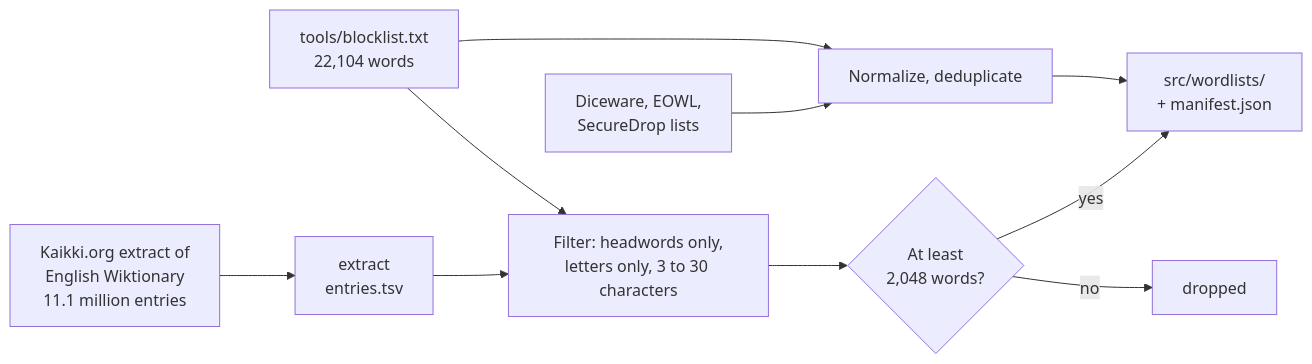
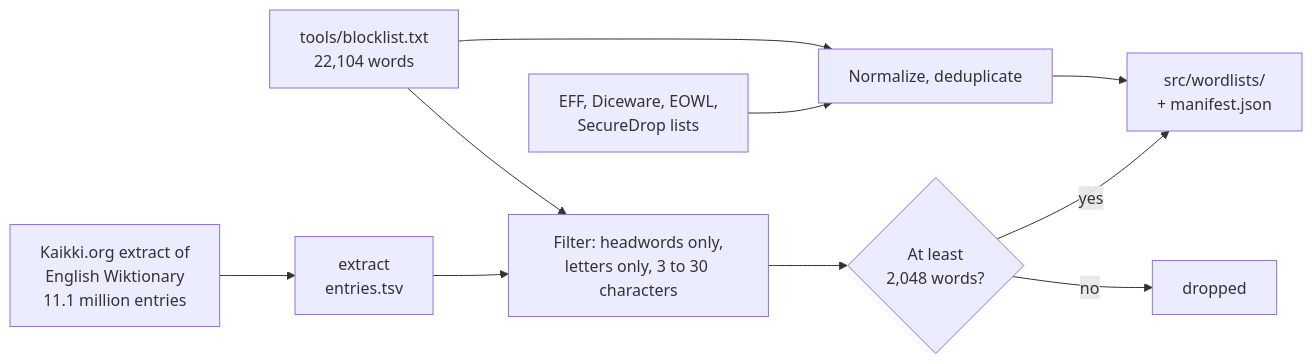
Before and after one commit to StephenGenusa/passphrases: the fourth of 5 diagrams in README.md, drawn with Mermaid. The commit also changed other lines of this file and 19 other files, not shown here.

First line of the commit message:
Password-rule options, EFF lists, mixed word lists

````diff
--- a/README.md
+++ b/README.md
@@ -117,12 +121,12 @@
 ```mermaid
 flowchart LR
     K["Kaikki.org extract of<br/>English Wiktionary<br/>11.1 million entries"] --> X["extract<br/>entries.tsv"]
     X --> F["Filter: headwords only,<br/>letters only, 3 to 30 characters"]
     BL["tools/blocklist.txt<br/>22,104 words"] --> F
-    O["Diceware, EOWL,<br/>SecureDrop lists"] --> N["Normalize, deduplicate"]
+    O["EFF, Diceware, EOWL,<br/>SecureDrop lists"] --> N["Normalize, deduplicate"]
     BL --> N
     F --> T{"At least<br/>2,048 words?"}
     T -->|yes| OUT["src/wordlists/<br/>+ manifest.json"]
     T -->|no| DROP["dropped"]
     N --> OUT
 ```
````
